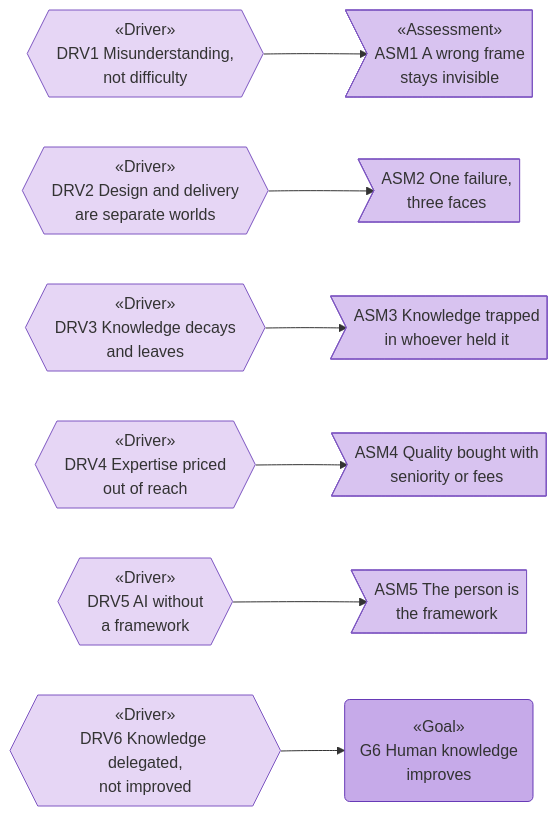
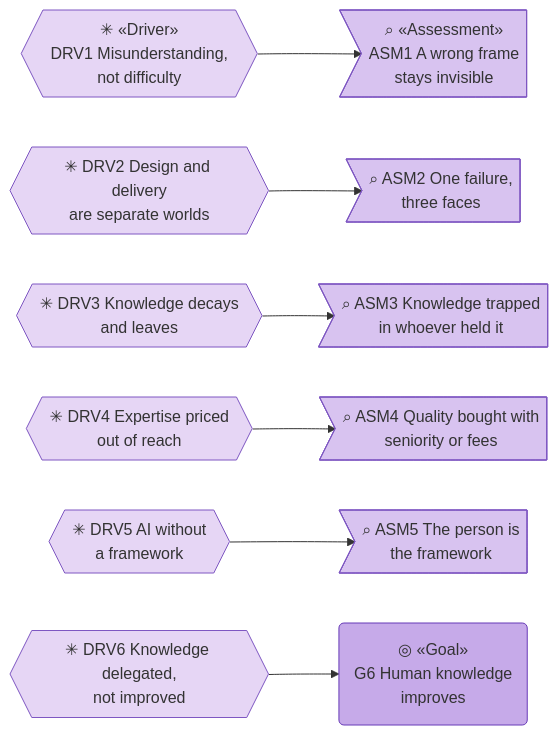
Before and after one commit to roanboc/architecture-archreator: the third of 7 diagrams in organization/docs/ea/1_strategy/1_motivation.md, drawn with Mermaid. The commit also changed other lines of this file and 7 other files, not shown here.

````diff
--- a/organization/docs/ea/1_strategy/1_motivation.md
+++ b/organization/docs/ea/1_strategy/1_motivation.md
@@ -125,28 +132,28 @@
 ```mermaid
 flowchart LR
-  drv1{{"«Driver»<br>DRV1 Misunderstanding,<br>not difficulty"}}:::driver
-  drv2{{"«Driver»<br>DRV2 Design and delivery<br>are separate worlds"}}:::driver
-  drv3{{"«Driver»<br>DRV3 Knowledge decays<br>and leaves"}}:::driver
-  drv4{{"«Driver»<br>DRV4 Expertise priced<br>out of reach"}}:::driver
-  drv5{{"«Driver»<br>DRV5 AI without<br>a framework"}}:::driver
-  drv6{{"«Driver»<br>DRV6 Knowledge delegated,<br>not improved"}}:::driver
+  drv1{{"✳ «Driver»<br>DRV1 Misunderstanding,<br>not difficulty"}}:::driver
+  drv2{{"✳ DRV2 Design and delivery<br>are separate worlds"}}:::driver
+  drv3{{"✳ DRV3 Knowledge decays<br>and leaves"}}:::driver
+  drv4{{"✳ DRV4 Expertise priced<br>out of reach"}}:::driver
+  drv5{{"✳ DRV5 AI without<br>a framework"}}:::driver
+  drv6{{"✳ DRV6 Knowledge delegated,<br>not improved"}}:::driver
 
-  asm1>"«Assessment»<br>ASM1 A wrong frame<br>stays invisible"]:::assessment
-  asm2>"ASM2 One failure,<br>three faces"]:::assessment
-  asm3>"ASM3 Knowledge trapped<br>in whoever held it"]:::assessment
-  asm4>"ASM4 Quality bought with<br>seniority or fees"]:::assessment
-  asm5>"ASM5 The person is<br>the framework"]:::assessment
+  asm1>"⌕ «Assessment»<br>ASM1 A wrong frame<br>stays invisible"]:::assessment
+  asm2>"⌕ ASM2 One failure,<br>three faces"]:::assessment
+  asm3>"⌕ ASM3 Knowledge trapped<br>in whoever held it"]:::assessment
+  asm4>"⌕ ASM4 Quality bought with<br>seniority or fees"]:::assessment
+  asm5>"⌕ ASM5 The person is<br>the framework"]:::assessment
 
-  g6("«Goal»<br>G6 Human knowledge<br>improves"):::goal
+  g6("◎ «Goal»<br>G6 Human knowledge<br>improves"):::goal
 
   drv1 --> asm1
   drv2 --> asm2
   drv3 --> asm3
   drv4 --> asm4
   drv5 --> asm5
   drv6 --> g6
 
   classDef driver fill:#e6d6f5,stroke:#7e57c2,color:#333
   classDef assessment fill:#d8c3f0,stroke:#7e57c2,color:#333
   classDef goal fill:#c6aae9,stroke:#673ab7,color:#333
 ```
````
